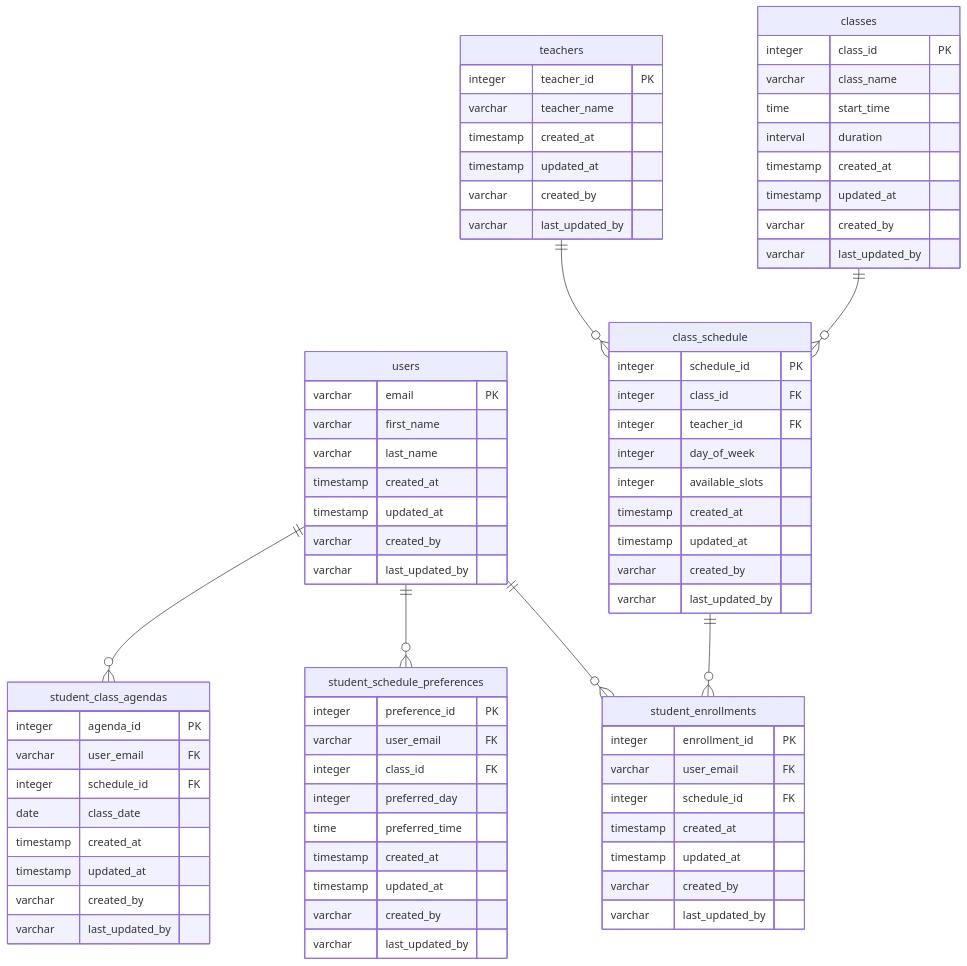
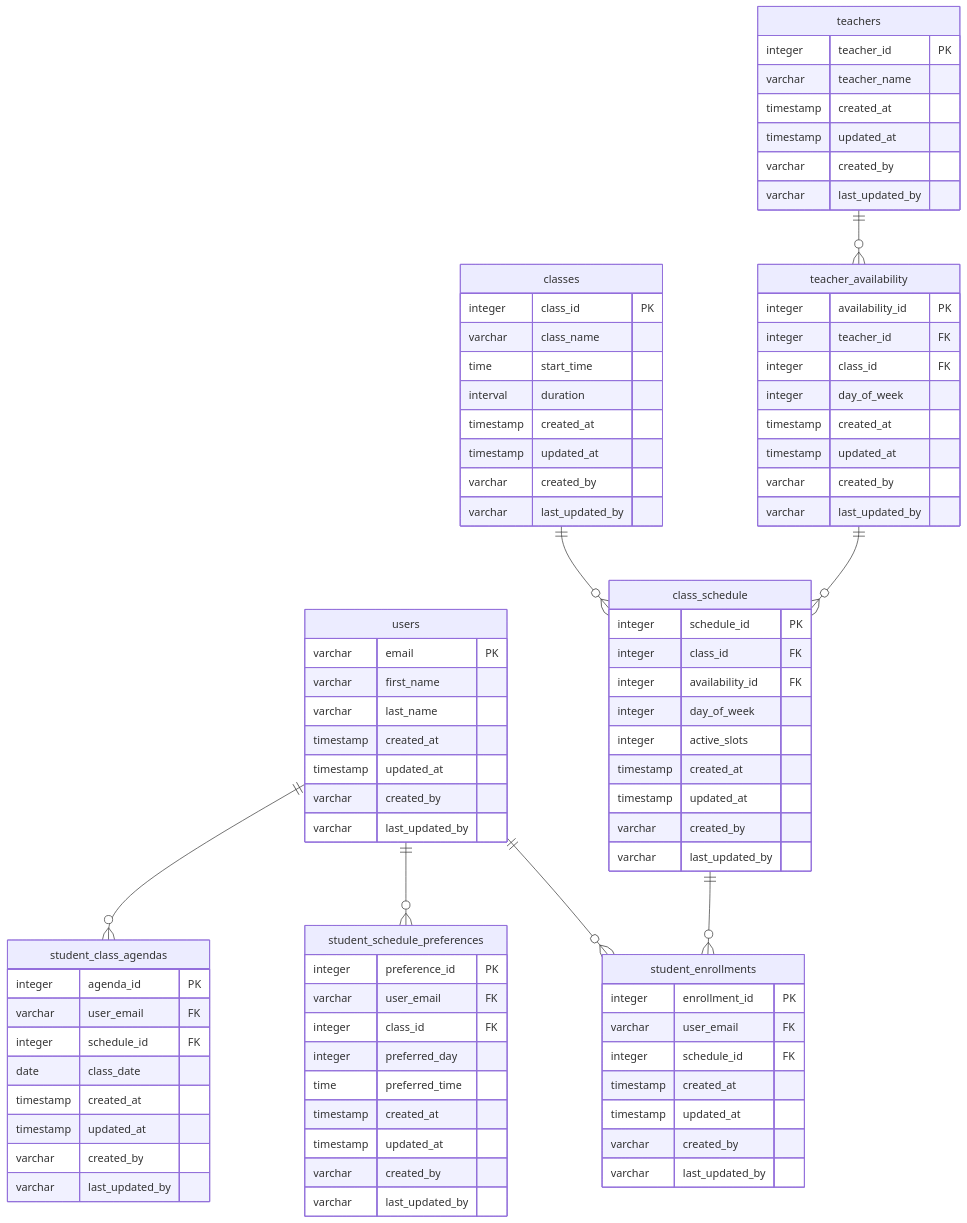
Before and after one commit to dhdtech/padraoandretorres: the diagram in data_model.md, drawn with Mermaid.

```diff
--- a/data_model.md
+++ b/data_model.md
@@ -4,7 +4,8 @@
     users ||--o{ student_schedule_preferences : ""
     users ||--o{ student_class_agendas : ""
     classes ||--o{ class_schedule : ""
-    teachers ||--o{ class_schedule : ""
+    teachers ||--o{ teacher_availability : ""
+    teacher_availability ||--o{ class_schedule : ""
     class_schedule ||--o{ student_enrollments : ""
 
     users {
@@ -37,12 +38,23 @@
         varchar last_updated_by
     }
 
+    teacher_availability {
+        integer availability_id PK
+        integer teacher_id FK
+        integer class_id FK
+        integer day_of_week
+        timestamp created_at
+        timestamp updated_at
+        varchar created_by
+        varchar last_updated_by
+    }
+
     class_schedule {
         integer schedule_id PK
         integer class_id FK
-        integer teacher_id FK
+        integer availability_id FK
         integer day_of_week
-        integer available_slots
+        integer active_slots
         timestamp created_at
         timestamp updated_at
         varchar created_by
```
